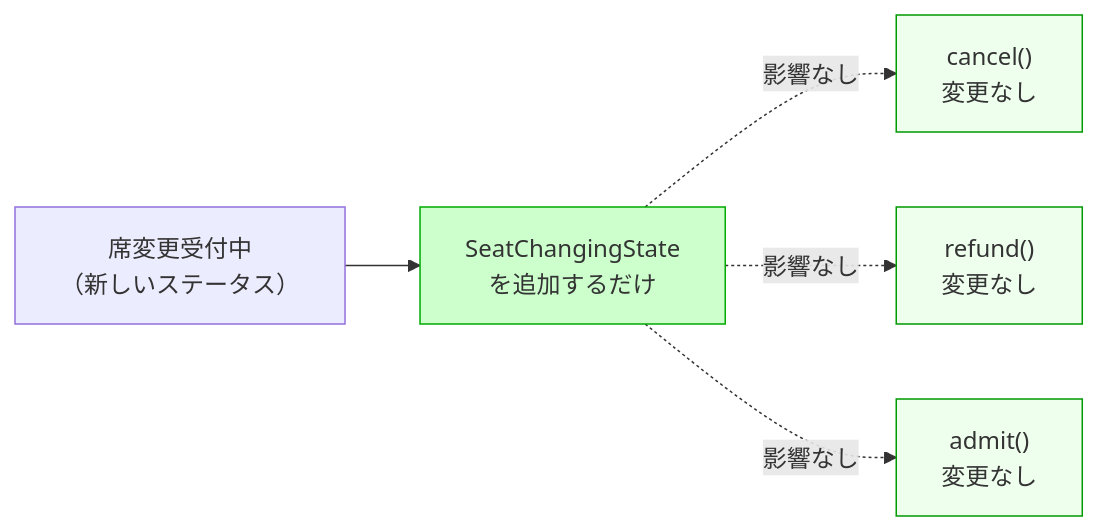
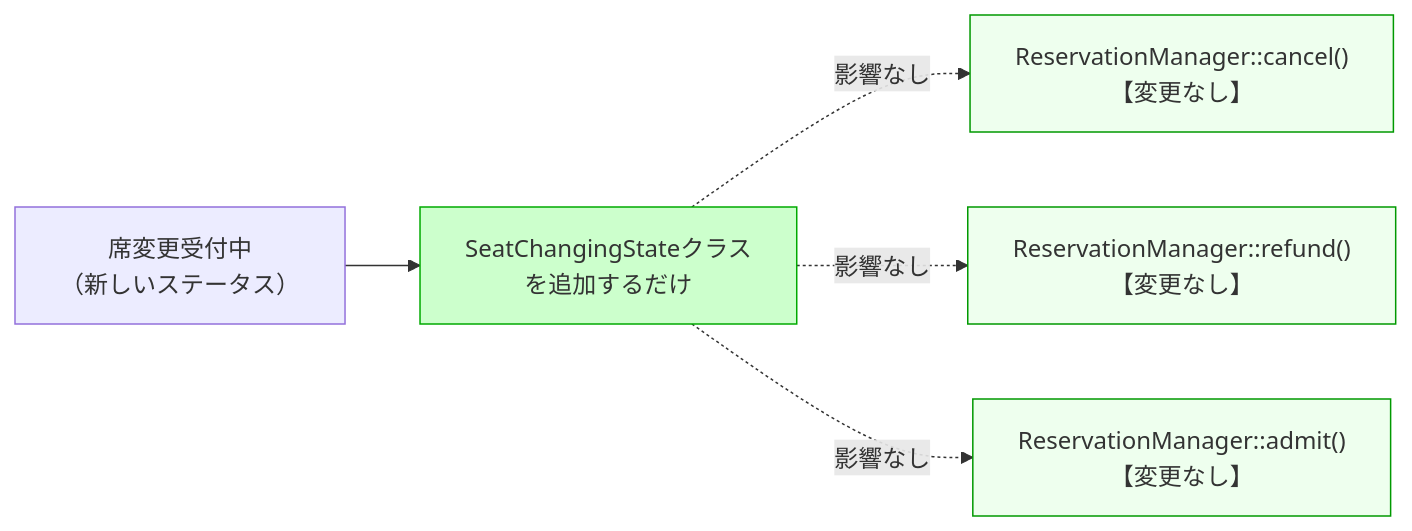
The fifth of 7 diagrams in kindle/design-patterns/output/chapter03.md (kumachan1101-pixel/DesignPattern), drawn with Mermaid before and after one commit. The commit also changed other lines of this file and 11 other files, not shown here.

````diff
--- a/kindle/design-patterns/output/chapter03.md
+++ b/kindle/design-patterns/output/chapter03.md
@@ -927,20 +975,20 @@
 ```mermaid
 graph LR
     新ステータス["席変更受付中\n（新しいステータス）"]
-    新クラス["SeatChangingState\nを追加するだけ"]
+    新クラス["SeatChangingStateクラス\nを追加するだけ"]
 
     新ステータス --> 新クラス
 
-    既存cancel["cancel()\n変更なし"]
-    既存refund["refund()\n変更なし"]
-    既存admit["admit()\n変更なし"]
+    既存cancel["ReservationManager::cancel()\n【変更なし】"]
+    既存refund["ReservationManager::refund()\n【変更なし】"]
+    既存admit["ReservationManager::admit()\n【変更なし】"]
 
     新クラス -.->|影響なし| 既存cancel
     新クラス -.->|影響なし| 既存refund
     新クラス -.->|影響なし| 既存admit
 
     style 新クラス fill:#ccffcc,stroke:#00aa00
     style 既存cancel fill:#eeffee,stroke:#009900
     style 既存refund fill:#eeffee,stroke:#009900
     style 既存admit fill:#eeffee,stroke:#009900
 ```
````
